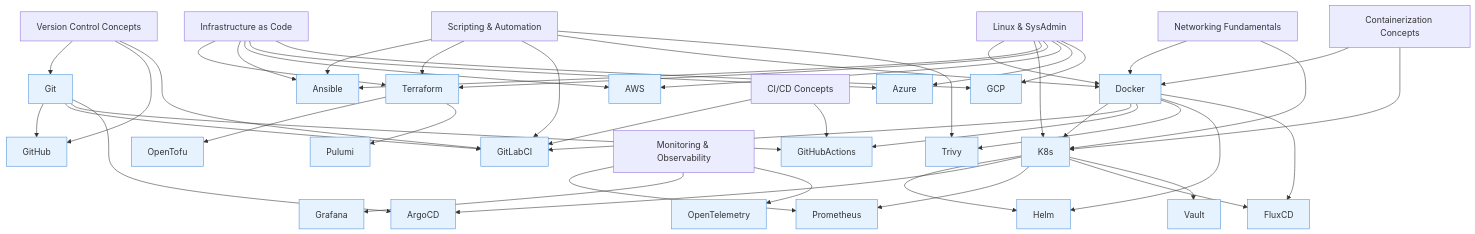
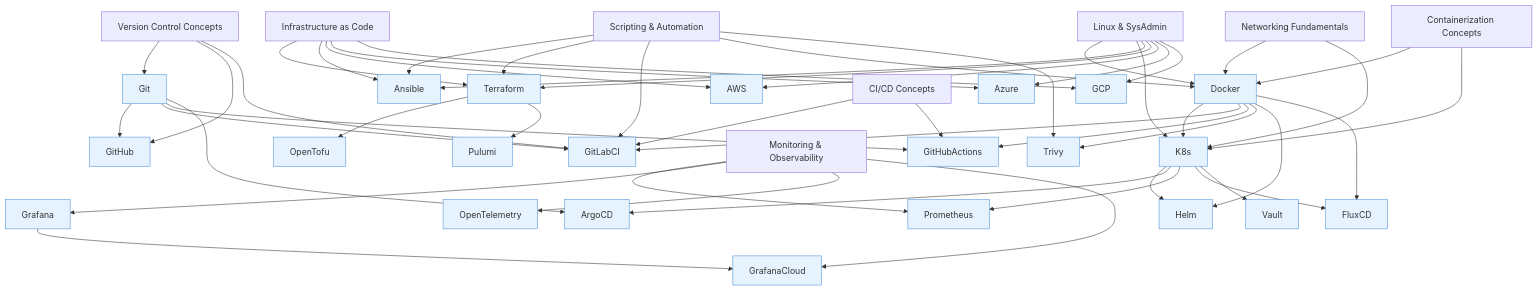
One commit to snehitha3907/DevOps-Kit changed the diagram in 00_index/learning-path.md. Above: the diagram before and after it, drawn with Mermaid. The commit also changed other lines of this file and 4 other files, not shown here.

````diff
--- a/00_index/learning-path.md
+++ b/00_index/learning-path.md
@@ -105,65 +107,68 @@
 ```mermaid
 graph TD
     VC[Version Control Concepts] --> Git
     VC --> GitHub
     VC --> GitLabCI
 
     Linux[Linux & SysAdmin] --> Docker
     Linux --> K8s
     Linux --> Ansible
     Linux --> Terraform
     Linux --> AWS
     Linux --> Azure
     Linux --> GCP
 
     Scripting[Scripting & Automation] --> Ansible
     Scripting --> Terraform
     Scripting --> GitLabCI
     Scripting --> Docker
     Scripting --> Trivy
 
     Network[Networking Fundamentals] --> Docker
     Network --> K8s
 
     CI[CI/CD Concepts] --> GitLabCI
     CI --> GitHubActions
 
     Container[Containerization Concepts] --> Docker
     Container --> K8s
 
     IaC[Infrastructure as Code] --> Terraform
     IaC --> Ansible
     IaC --> AWS
     IaC --> Azure
     IaC --> GCP
 
     Mon[Monitoring & Observability] --> Prometheus
     Mon --> Grafana
     Mon --> OpenTelemetry
 
+    Mon --> GrafanaCloud
+    Grafana --> GrafanaCloud
+
     Git --> GitHub
     Git --> GitLabCI
     Git --> GitHubActions
     Git --> ArgoCD
 
     Docker --> K8s
     Docker --> GitLabCI
     Docker --> GitHubActions
     Docker --> Trivy
     Docker --> Helm
     Docker --> FluxCD
 
     K8s --> Helm
     K8s --> ArgoCD
     K8s --> Prometheus
     K8s --> FluxCD
     K8s --> Vault
 
     Terraform --> OpenTofu
     Terraform --> Pulumi
 
 classDef hasContent fill:#e6f3ff,stroke:#4a90d9
     classDef noContent fill:#fff3e0,stroke:#f5a623
 
-    class Git,GitHub,Docker,K8s,Ansible,Terraform,GitLabCI,GitHubActions,Trivy,AWS,Azure,GCP,OpenTofu,Helm,ArgoCD,Prometheus,FluxCD,Vault,Pulumi,Grafana,OpenTelemetry hasContent
+    class Git,GitHub,Docker,K8s,Ansible,Terraform,GitLabCI,GitHubActions,Trivy,AWS,Azure,GCP,OpenTofu,Helm,ArgoCD,Prometheus,FluxCD,Vault,Pulumi,Grafana,GrafanaCloud,OpenTelemetry hasContent
 ```
````
